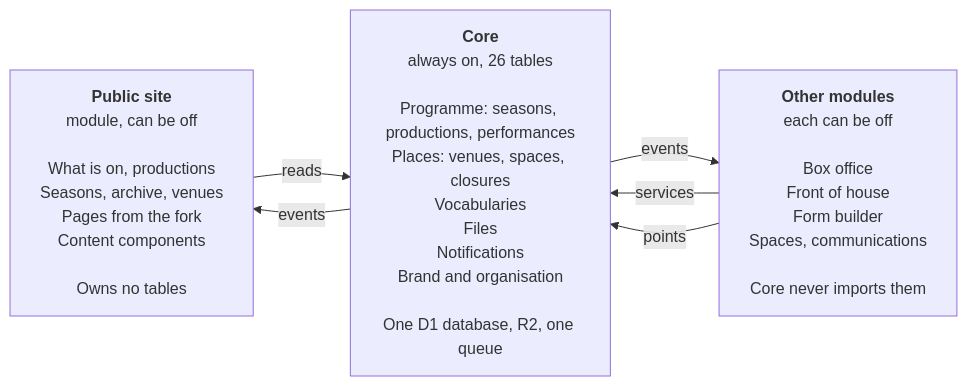
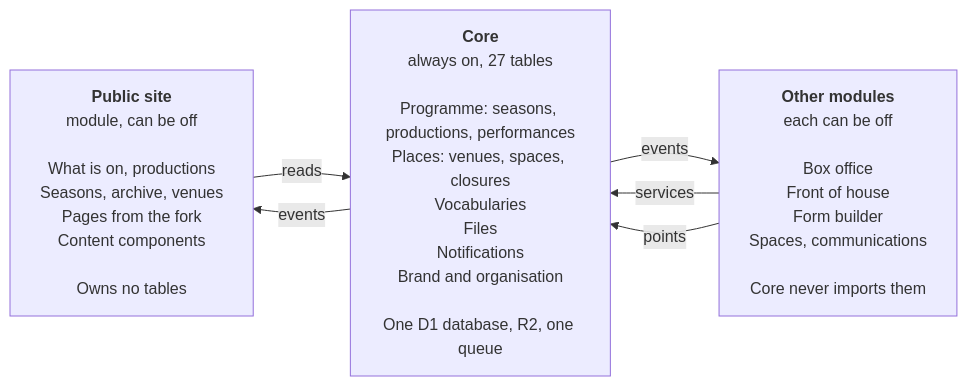
Before and after one commit to newtheatre/proscenium: the diagram in docs/specs/core-domain-and-public-site/01-overview.md, drawn with Mermaid. The commit also changed 59 other files, not shown here.

````diff
--- a/docs/specs/core-domain-and-public-site/01-overview.md
+++ b/docs/specs/core-domain-and-public-site/01-overview.md
@@ -32,11 +32,11 @@
 ```mermaid
 flowchart LR
     PS["<b>Public site</b><br/>module, can be off<br/><br/>What is on, productions<br/>Seasons, archive, venues<br/>Pages from the fork<br/>Content components<br/><br/>Owns no tables"]
-    CORE["<b>Core</b><br/>always on, 26 tables<br/><br/>Programme: seasons, productions, performances<br/>Places: venues, spaces, closures<br/>Vocabularies<br/>Files<br/>Notifications<br/>Brand and organisation<br/><br/>One D1 database, R2, one queue"]
+    CORE["<b>Core</b><br/>always on, 27 tables<br/><br/>Programme: seasons, productions, performances<br/>Places: venues, spaces, closures<br/>Vocabularies<br/>Files<br/>Notifications<br/>Brand and organisation<br/><br/>One D1 database, R2, one queue"]
     OM["<b>Other modules</b><br/>each can be off<br/><br/>Box office<br/>Front of house<br/>Form builder<br/>Spaces, communications<br/><br/>Core never imports them"]
     PS -->|reads| CORE
     CORE -->|events| PS
     OM -->|services| CORE
     CORE -->|events| OM
     OM -->|points| CORE
 ```
````
